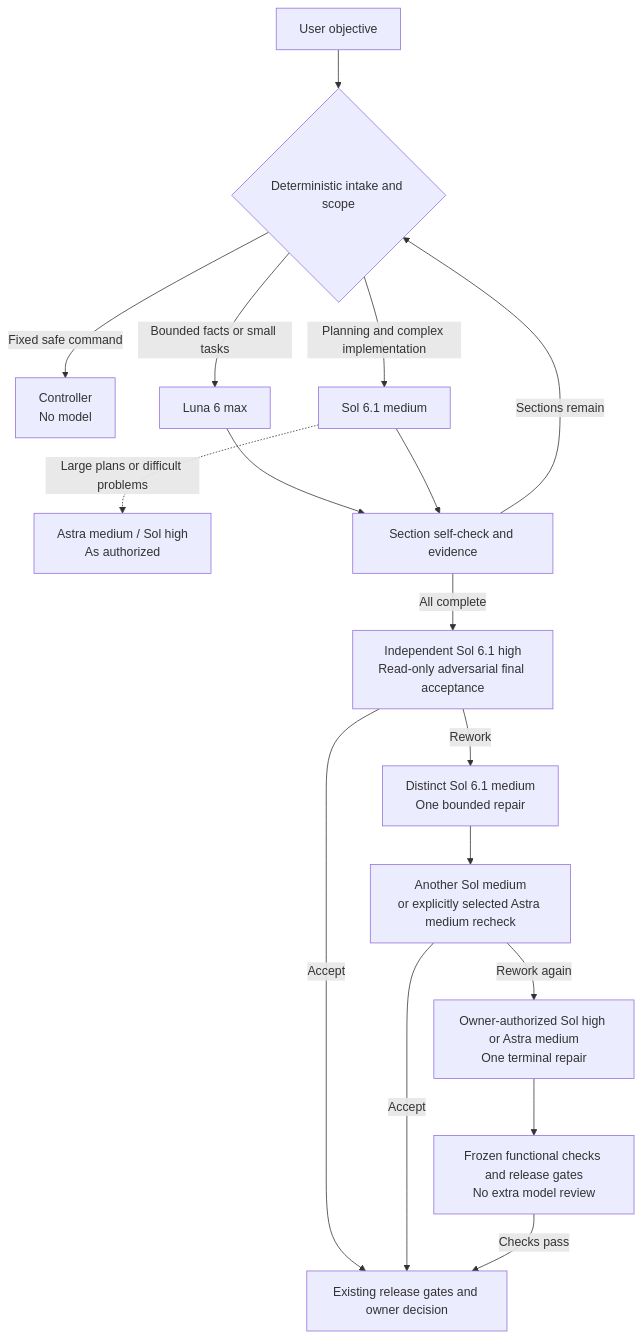
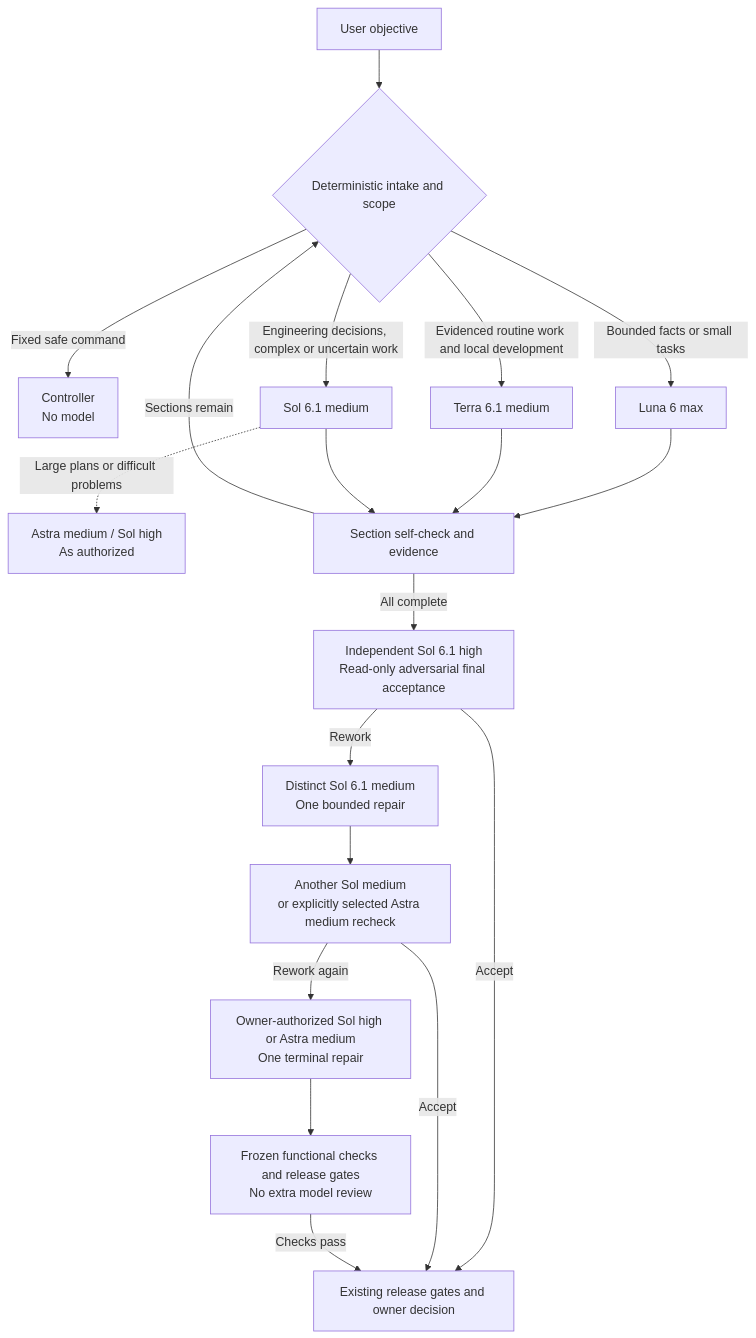
Before and after one commit to New2taste/codex-team: the diagram in README.en.md, drawn with Mermaid. The commit also changed other lines of this file and 54 other files, not shown here.

````diff
--- a/README.en.md
+++ b/README.en.md
@@ -43,19 +46,21 @@
 ```mermaid
 flowchart TD
     A[User objective] --> B{Deterministic intake and scope}
     B -->|Fixed safe command| C[Controller<br/>No model]
     B -->|Bounded facts or small tasks| D[Luna 6 max]
-    B -->|Planning and complex implementation| E[Sol 6.1 medium]
+    B -->|Evidenced routine work and local development| T[Terra 6.1 medium]
+    B -->|Engineering decisions, complex or uncertain work| E[Sol 6.1 medium]
     E -. Large plans or difficult problems .-> F[Astra medium / Sol high<br/>As authorized]
     D --> G[Section self-check and evidence]
+    T --> G
     E --> G
     G -->|Sections remain| B
     G -->|All complete| H[Independent Sol 6.1 high<br/>Read-only adversarial final acceptance]
     H -->|Accept| I[Existing release gates and owner decision]
     H -->|Rework| J[Distinct Sol 6.1 medium<br/>One bounded repair]
     J --> K[Another Sol medium<br/>or explicitly selected Astra medium recheck]
     K -->|Accept| I
     K -->|Rework again| L[Owner-authorized Sol high or Astra medium<br/>One terminal repair]
     L --> M[Frozen functional checks and release gates<br/>No extra model review]
     M -->|Checks pass| I
 ```
````
